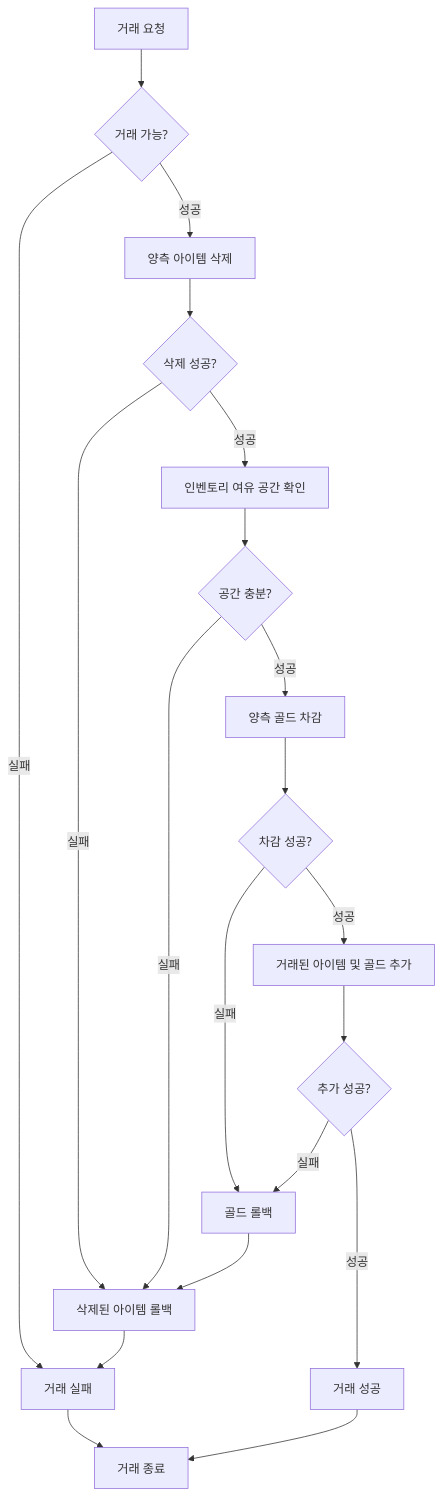
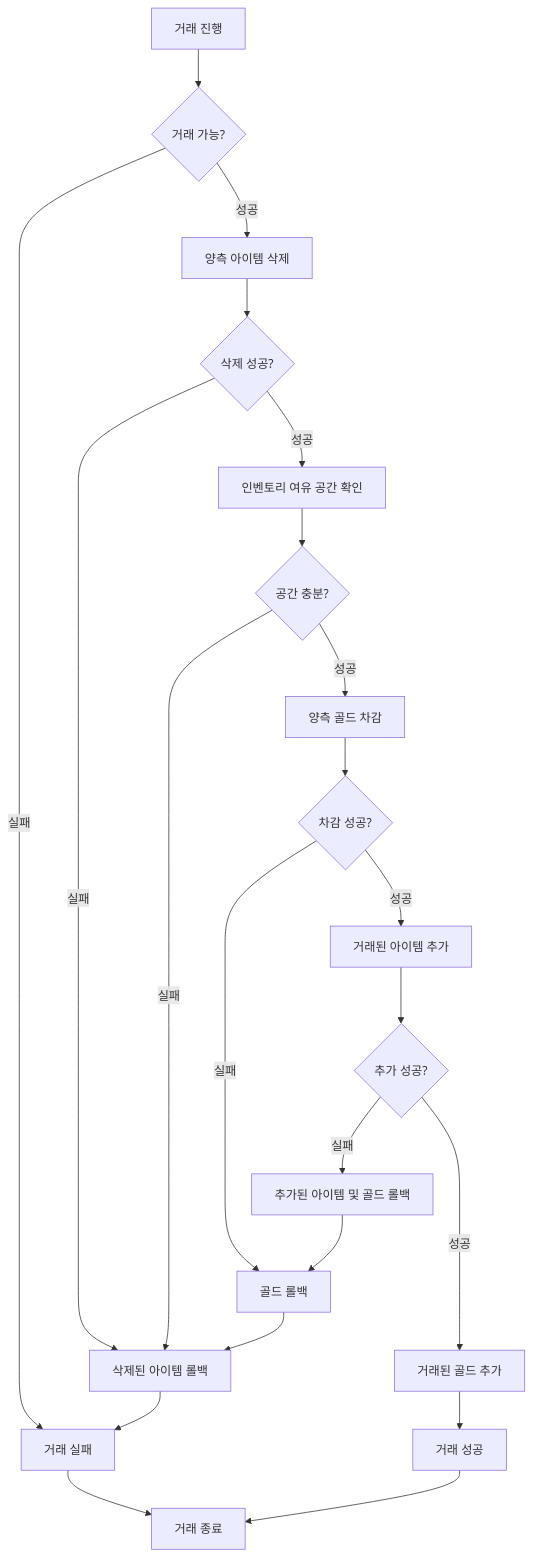
One commit to youngsan-sani/game-server-portfolio changed the diagram in private-trade/README.md. Above: the diagram before and after it, drawn with Mermaid. The commit also changed other lines of this file, not shown here.

````diff
--- a/private-trade/README.md
+++ b/private-trade/README.md
@@ -11,22 +11,22 @@
 ```mermaid
 flowchart TD
-    start[거래 요청] --> validate{거래 가능?}
+    start[거래 진행] --> validate{거래 가능?}
     validate -->|실패| fail[거래 실패]
     validate -->|성공| delete_item[양측 아이템 삭제]
     delete_item --> deleted_item{삭제 성공?}
     deleted_item -->|실패| rollback_item[삭제된 아이템 롤백]
     deleted_item -->|성공| inventory[인벤토리 여유 공간 확인]
     inventory --> enough{공간 충분?}
     enough -->|실패| rollback_item
     enough -->|성공| delete_gold[양측 골드 차감]
     delete_gold --> deleted_gold{차감 성공?}
     deleted_gold -->|실패| rollback_gold[골드 롤백]
-    deleted_gold -->|성공| add_all[거래된 아이템 및 골드 추가]
-    add_all --> added_all{추가 성공?}
-    added_all -->|실패| rollback_gold
+    deleted_gold -->|성공| add_item[거래된 아이템 추가]
+    add_item --> added_item{추가 성공?}
+    added_item -->|실패| rollback_added[추가된 아이템 및 골드 롤백] --> rollback_gold
     rollback_gold --> rollback_item
     rollback_item --> fail
-    added_all -->|성공| success[거래 성공]
+    added_item -->|성공| add_gold[거래된 골드 추가] --> success[거래 성공]
     fail --> finish[거래 종료]
     success --> finish
 ```
````
